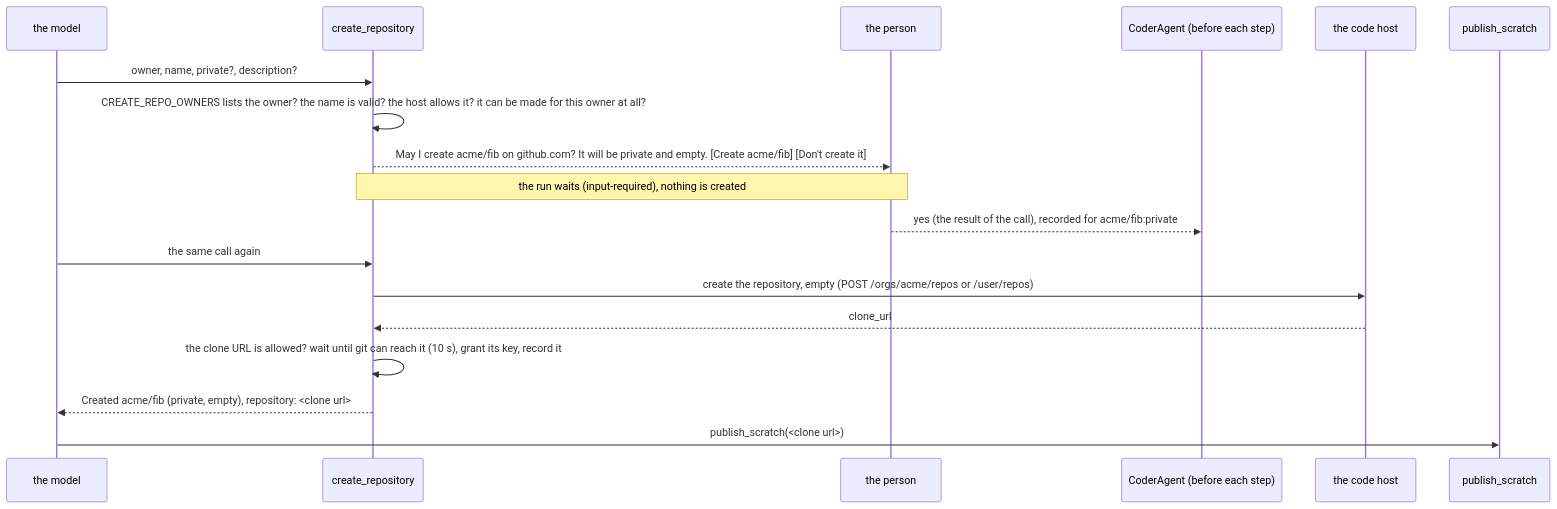
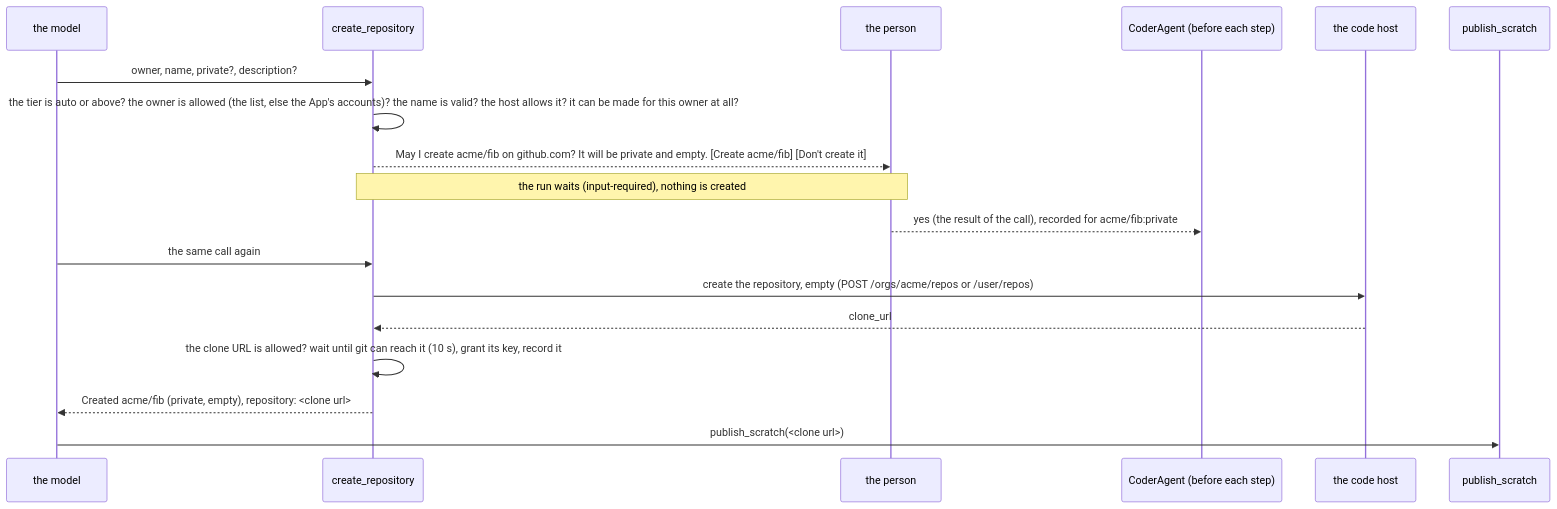
Before and after one commit to vymalo/another-adam-rs: diagram 15 of 31 in bin/adam-coder/README.md, drawn with Mermaid. The commit also changed other lines of this file and 108 other files, not shown here.

````diff
--- a/bin/adam-coder/README.md
+++ b/bin/adam-coder/README.md
@@ -848,20 +1019,20 @@
 ```mermaid
 sequenceDiagram
   participant M as the model
   participant T as create_repository
   participant P as the person
   participant A as CoderAgent (before each step)
   participant H as the code host
   participant S as publish_scratch
   M->>T: owner, name, private?, description?
-  T->>T: CREATE_REPO_OWNERS lists the owner? the name is valid? the host allows it? it can be made for this owner at all?
+  T->>T: the tier is auto or above? the owner is allowed (the list, else the App's accounts)? the name is valid? the host allows it? it can be made for this owner at all?
   T-->>P: May I create acme/fib on github.com? It will be private and empty. [Create acme/fib] [Don't create it]
   Note over T,P: the run waits (input-required), nothing is created
   P-->>A: yes (the result of the call), recorded for acme/fib:private
   M->>T: the same call again
   T->>H: create the repository, empty (POST /orgs/acme/repos or /user/repos)
   H-->>T: clone_url
   T->>T: the clone URL is allowed? wait until git can reach it (10 s), grant its key, record it
   T-->>M: Created acme/fib (private, empty), repository: <clone url>
   M->>S: publish_scratch(<clone url>)
 ```
````
